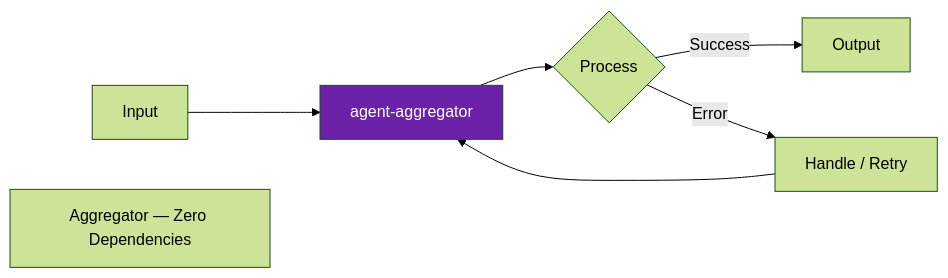
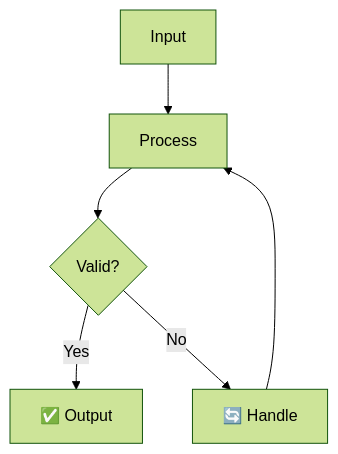
Before and after one commit to darshjme/agent-aggregator: the diagram in README.md, drawn with Mermaid (forest theme). The commit also changed other lines of this file and 1 other file, not shown here.

````diff
--- a/README.md
+++ b/README.md
@@ -48,10 +35,8 @@
 ```mermaid
-flowchart LR
-    A[Input] --> B[agent-aggregator]
-    B --> C{Process}
-    C -- Success --> D[Output]
-    C -- Error --> E[Handle / Retry]
+flowchart TD
+    A[Input] --> B[Process]
+    B --> C{Valid?}
+    C -->|Yes| D[✅ Output]
+    C -->|No| E[🔄 Handle]
     E --> B
-    style B fill:#6b21a8,color:#fff
-    note["Aggregator — Zero Dependencies"]
 ```
````
